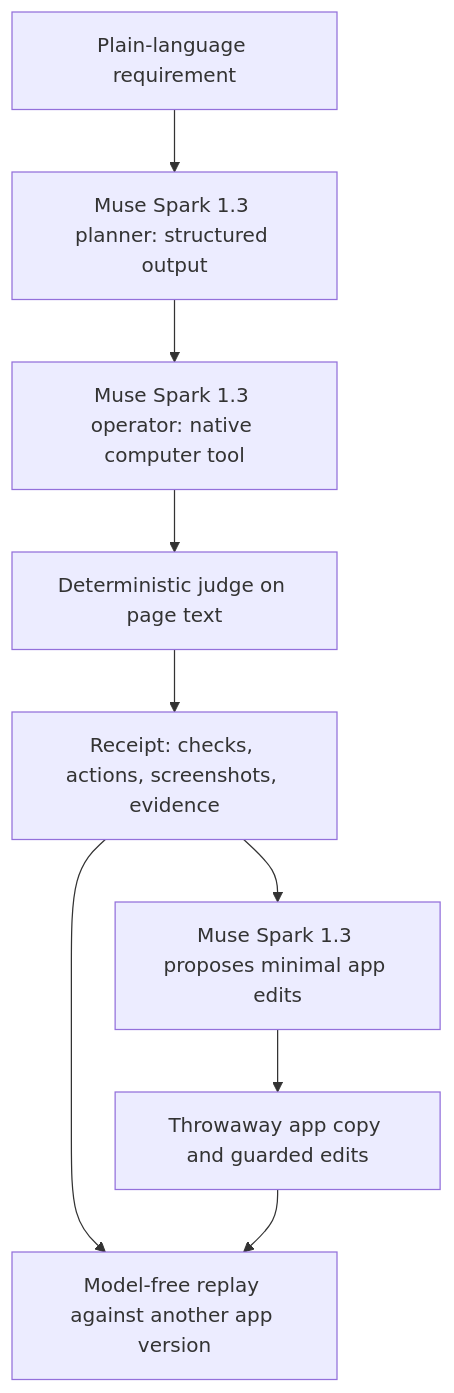
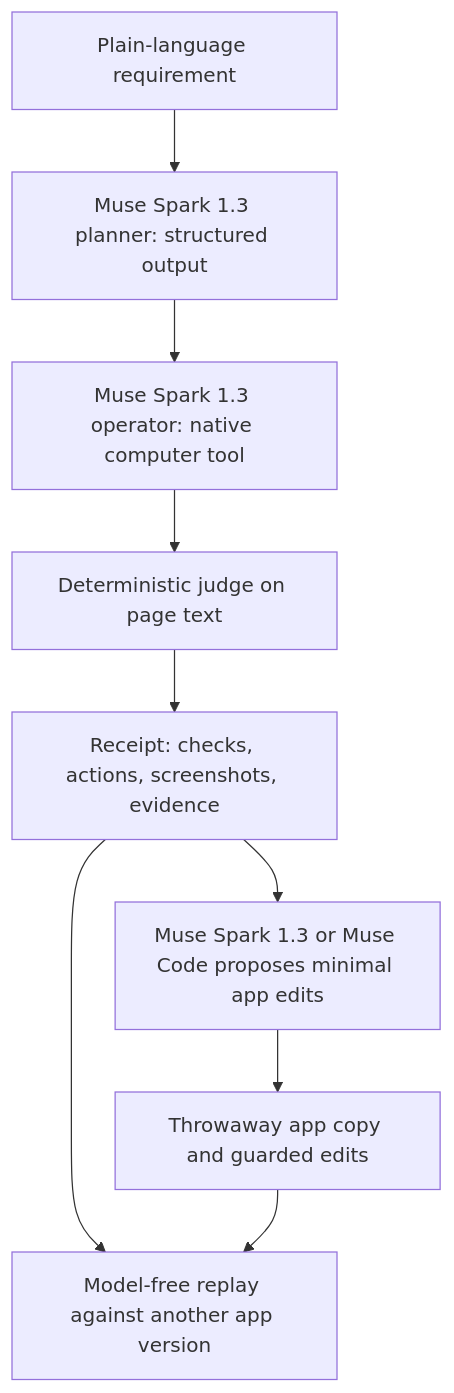
The diagram in README.md (Driedsandwich/plainproof), drawn with Mermaid before and after one commit. The commit also changed other lines of this file and 3 other files, not shown here.

First line of the commit message:
Run Muse Code as a guarded headless fixer and record its usage

````diff
--- a/README.md
+++ b/README.md
@@ -7,11 +7,11 @@
 ```mermaid
 flowchart TD
     A[Plain-language requirement] --> B[Muse Spark 1.3 planner: structured output]
     B --> C[Muse Spark 1.3 operator: native computer tool]
     C --> D[Deterministic judge on page text]
     D --> E[Receipt: checks, actions, screenshots, evidence]
     E --> F[Model-free replay against another app version]
-    E --> G[Muse Spark 1.3 proposes minimal app edits]
+    E --> G[Muse Spark 1.3 or Muse Code proposes minimal app edits]
     G --> H[Throwaway app copy and guarded edits]
     H --> F
 ```
````
